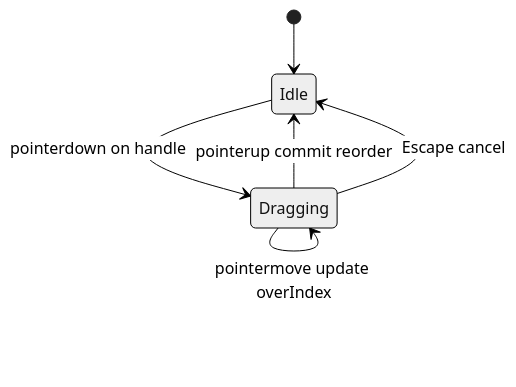
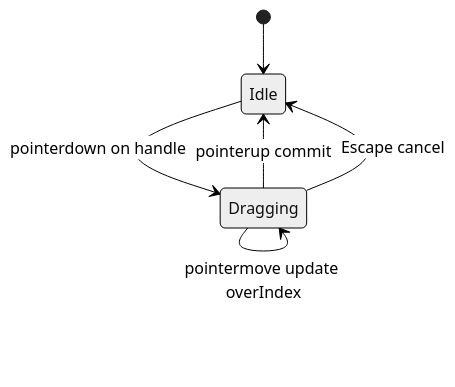
Before and after one commit to prajjwaljogdand/FullstackPreparation: the first of 2 diagrams in docs/machine-coding/05-drag-drop.md, drawn with Mermaid (neutral theme). The commit also changed other lines of this file and 91 other files, not shown here.

````diff
--- a/docs/machine-coding/05-drag-drop.md
+++ b/docs/machine-coding/05-drag-drop.md
@@ -28,8 +28,8 @@
 ```mermaid
 stateDiagram-v2
   [*] --> Idle
   Idle --> Dragging: pointerdown on handle
   Dragging --> Dragging: pointermove update overIndex
-  Dragging --> Idle: pointerup commit reorder
+  Dragging --> Idle: pointerup commit
   Dragging --> Idle: Escape cancel
 ```
````
